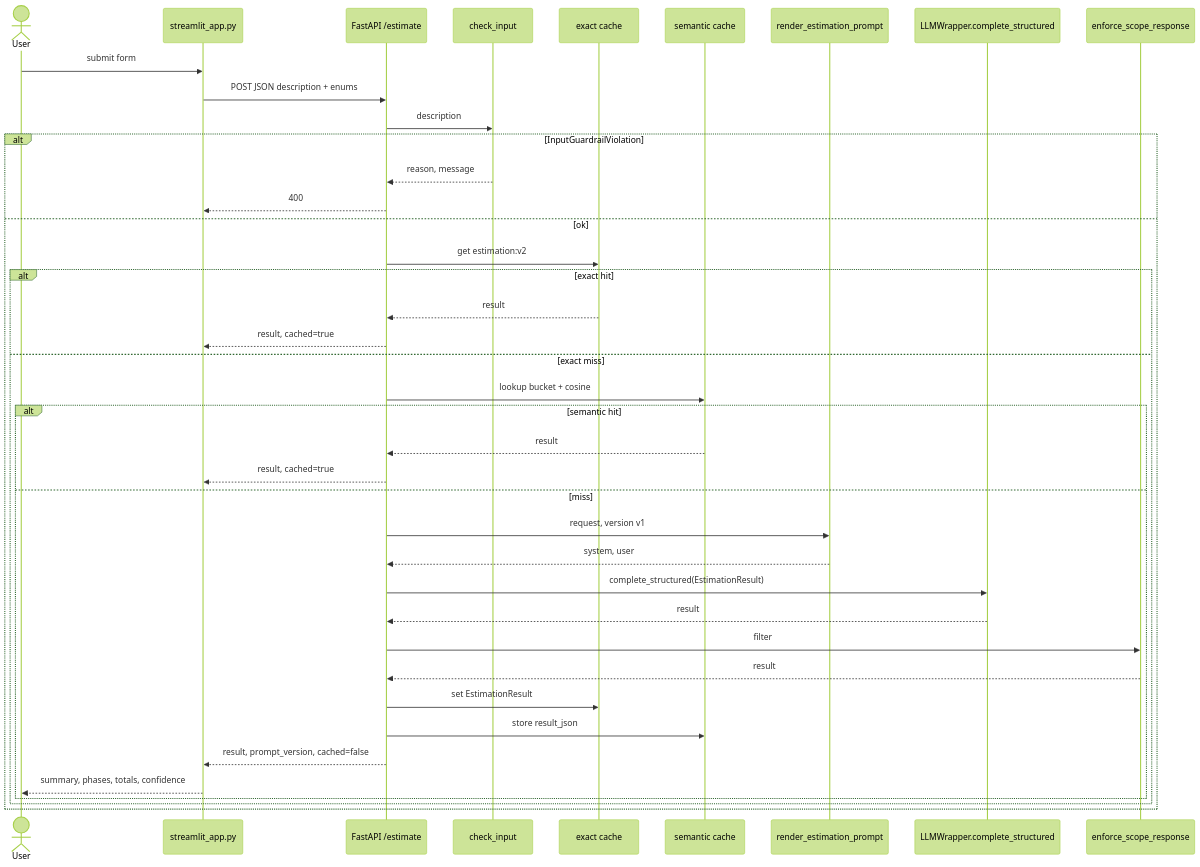
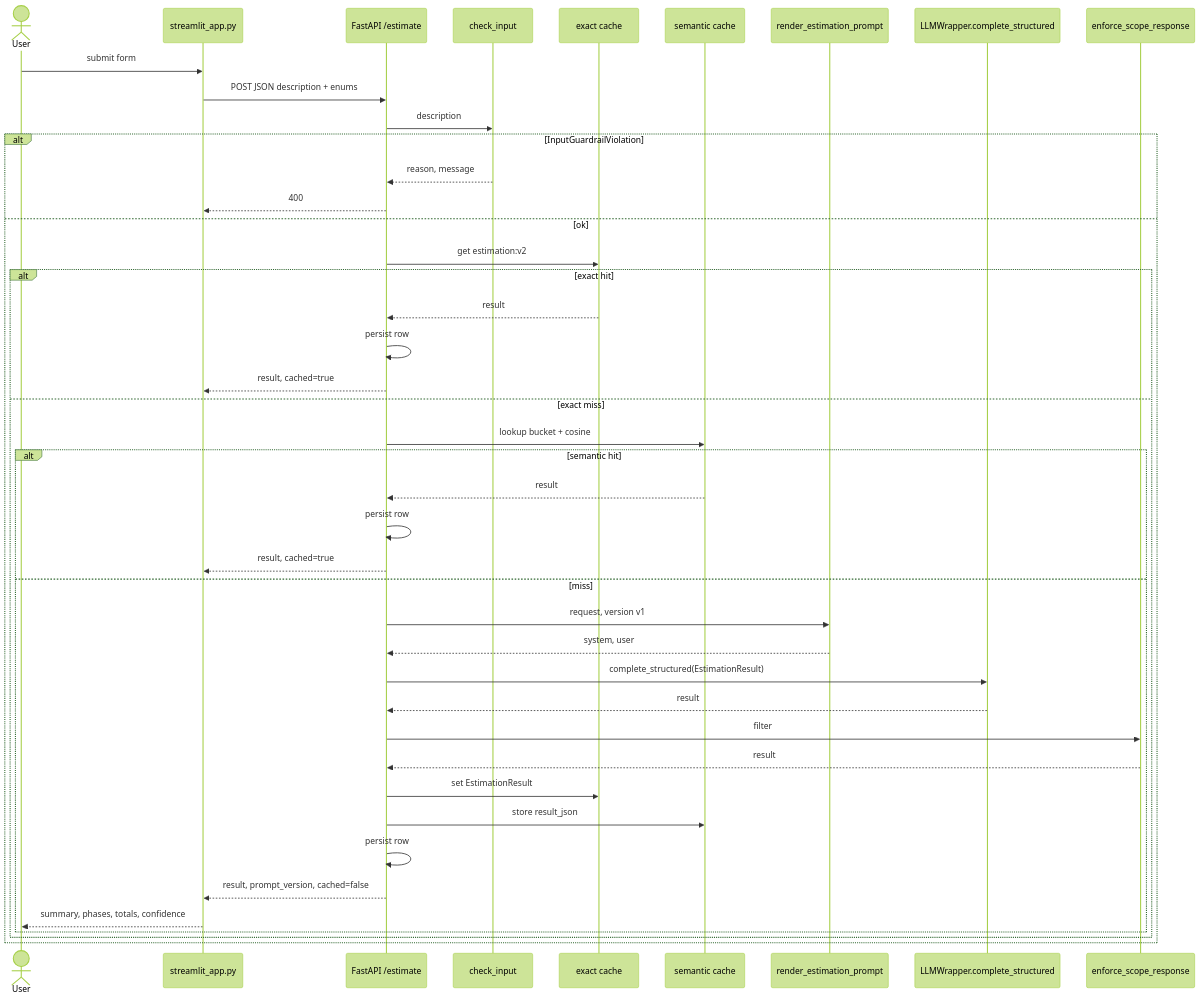
One commit to morales4dev/ai-engineering changed the diagram in estimador-cag/README.md. Above: the diagram before and after it, drawn with Mermaid (forest theme). The commit also changed other lines of this file and 12 other files, not shown here.

````diff
--- a/estimador-cag/README.md
+++ b/estimador-cag/README.md
@@ -74,43 +75,46 @@
 ```mermaid
 sequenceDiagram
     actor User
     participant UI as streamlit_app.py
     participant API as FastAPI /estimate
     participant In as check_input
     participant Exact as exact cache
     participant Sem as semantic cache
     participant Loader as render_estimation_prompt
     participant W as LLMWrapper.complete_structured
     participant Out as enforce_scope_response
 
     User->>UI: submit form
     UI->>API: POST JSON description + enums
     API->>In: description
     alt InputGuardrailViolation
         In-->>API: reason, message
         API-->>UI: 400
     else ok
         API->>Exact: get estimation:v2
         alt exact hit
             Exact-->>API: result
+            API->>API: persist row
             API-->>UI: result, cached=true
         else exact miss
             API->>Sem: lookup bucket + cosine
             alt semantic hit
                 Sem-->>API: result
+                API->>API: persist row
                 API-->>UI: result, cached=true
             else miss
                 API->>Loader: request, version v1
                 Loader-->>API: system, user
                 API->>W: complete_structured(EstimationResult)
                 W-->>API: result
                 API->>Out: filter
                 Out-->>API: result
                 API->>Exact: set EstimationResult
                 API->>Sem: store result_json
+                API->>API: persist row
                 API-->>UI: result, prompt_version, cached=false
                 UI-->>User: summary, phases, totals, confidence
             end
         end
     end
 ```
````
